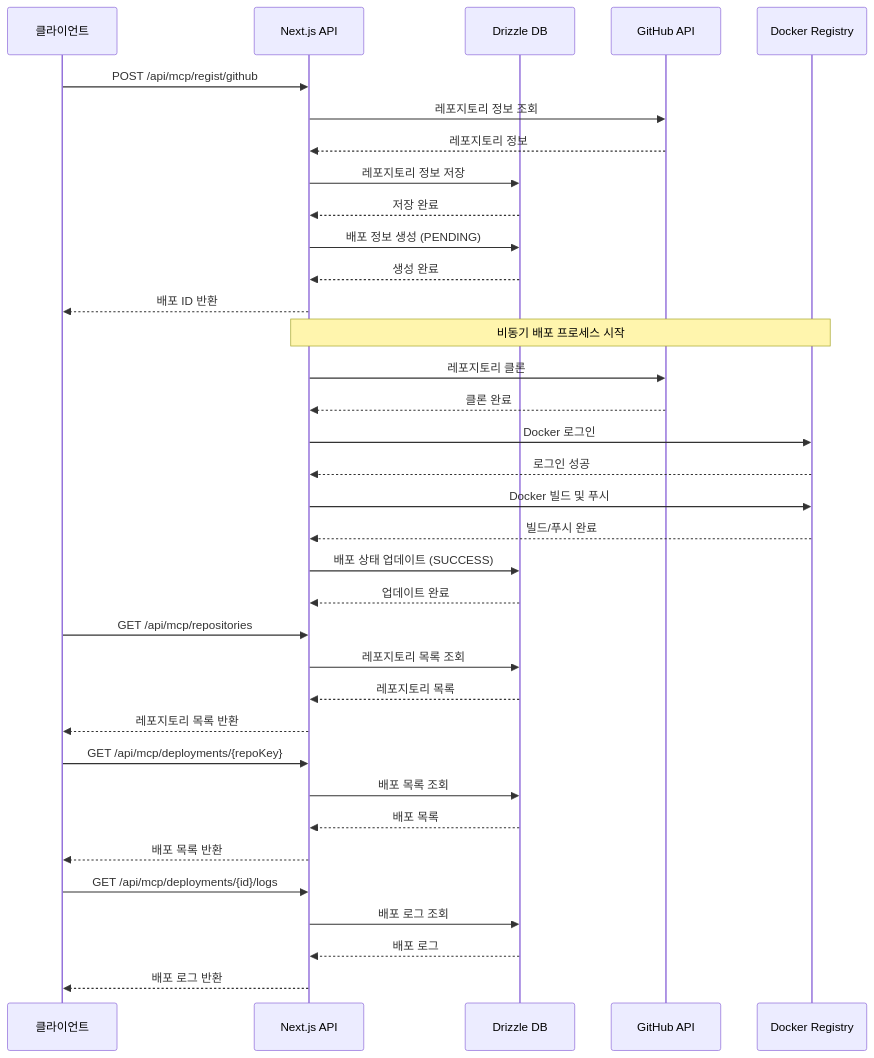
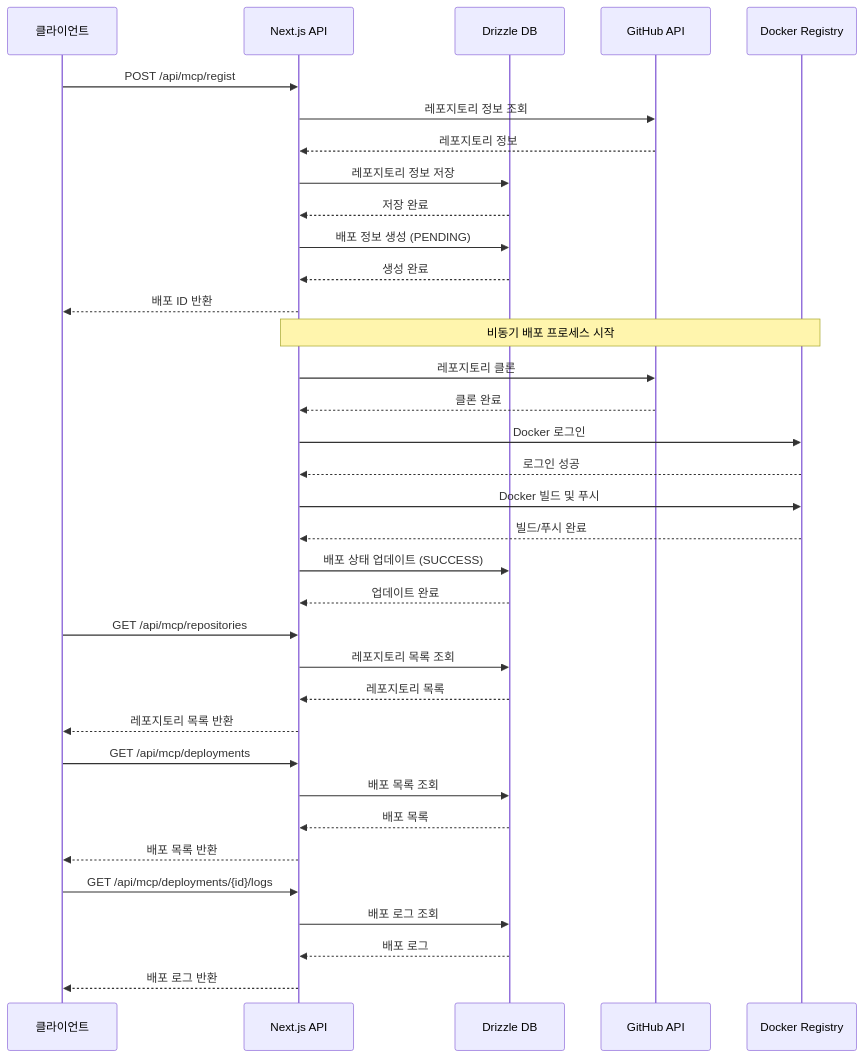
The diagram in docs/process-flow.md (JHSeo-git/mcp-registry), drawn with Mermaid before and after one commit. The commit also changed other lines of this file and 34 other files, not shown here.

````diff
--- a/docs/process-flow.md
+++ b/docs/process-flow.md
@@ -1,47 +1,47 @@
 ```mermaid
 sequenceDiagram
     participant Client as 클라이언트
     participant API as Next.js API
     participant DB as Drizzle DB
     participant GitHub as GitHub API
     participant Docker as Docker Registry
 
     %% 레포지토리 등록 프로세스
-    Client->>API: POST /api/mcp/regist/github
+    Client->>API: POST /api/mcp/regist
     API->>GitHub: 레포지토리 정보 조회
     GitHub-->>API: 레포지토리 정보
     API->>DB: 레포지토리 정보 저장
     DB-->>API: 저장 완료
     API->>DB: 배포 정보 생성 (PENDING)
     DB-->>API: 생성 완료
     API-->>Client: 배포 ID 반환
 
     %% 배포 프로세스 (비동기)
     Note over API,Docker: 비동기 배포 프로세스 시작
     API->>GitHub: 레포지토리 클론
     GitHub-->>API: 클론 완료
     API->>Docker: Docker 로그인
     Docker-->>API: 로그인 성공
     API->>Docker: Docker 빌드 및 푸시
     Docker-->>API: 빌드/푸시 완료
     API->>DB: 배포 상태 업데이트 (SUCCESS)
     DB-->>API: 업데이트 완료
 
     %% 레포지토리 목록 조회
     Client->>API: GET /api/mcp/repositories
     API->>DB: 레포지토리 목록 조회
     DB-->>API: 레포지토리 목록
     API-->>Client: 레포지토리 목록 반환
 
     %% 배포 목록 조회
-    Client->>API: GET /api/mcp/deployments/{repoKey}
+    Client->>API: GET /api/mcp/deployments
     API->>DB: 배포 목록 조회
     DB-->>API: 배포 목록
     API-->>Client: 배포 목록 반환
 
     %% 배포 로그 조회
     Client->>API: GET /api/mcp/deployments/{id}/logs
     API->>DB: 배포 로그 조회
     DB-->>API: 배포 로그
     API-->>Client: 배포 로그 반환
 ```
````
